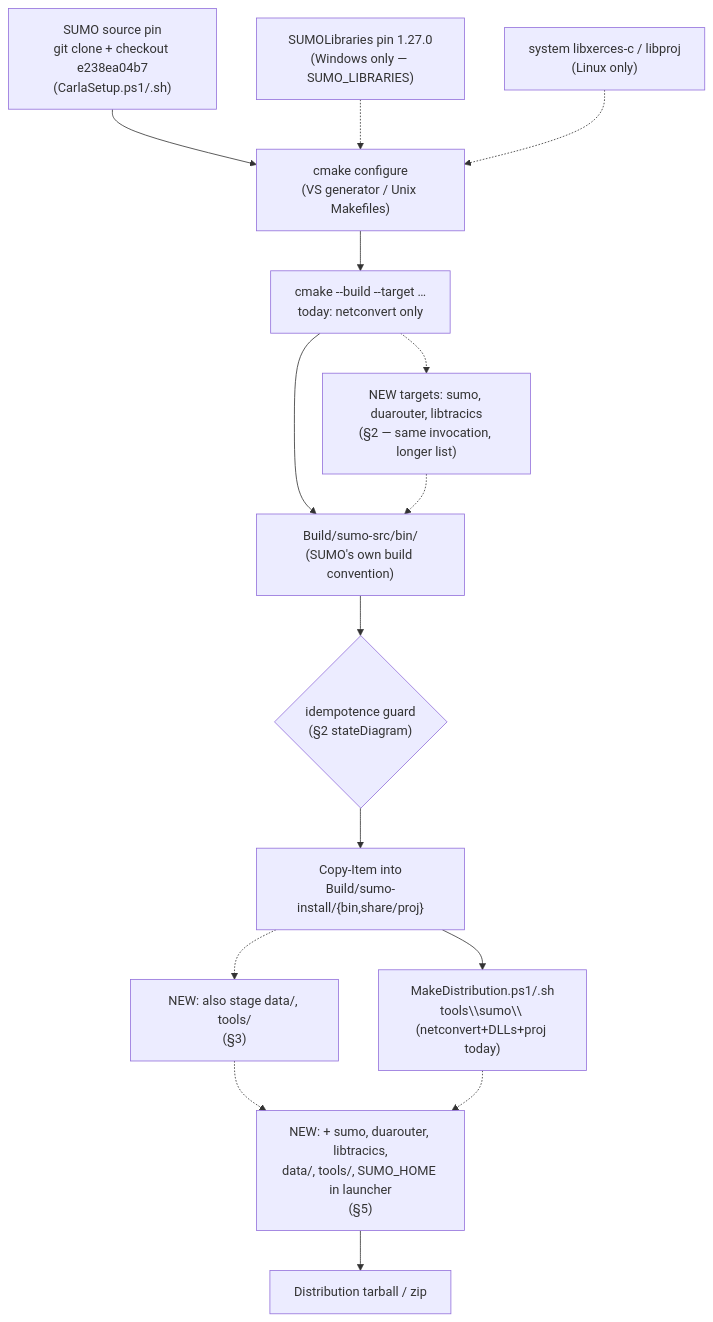
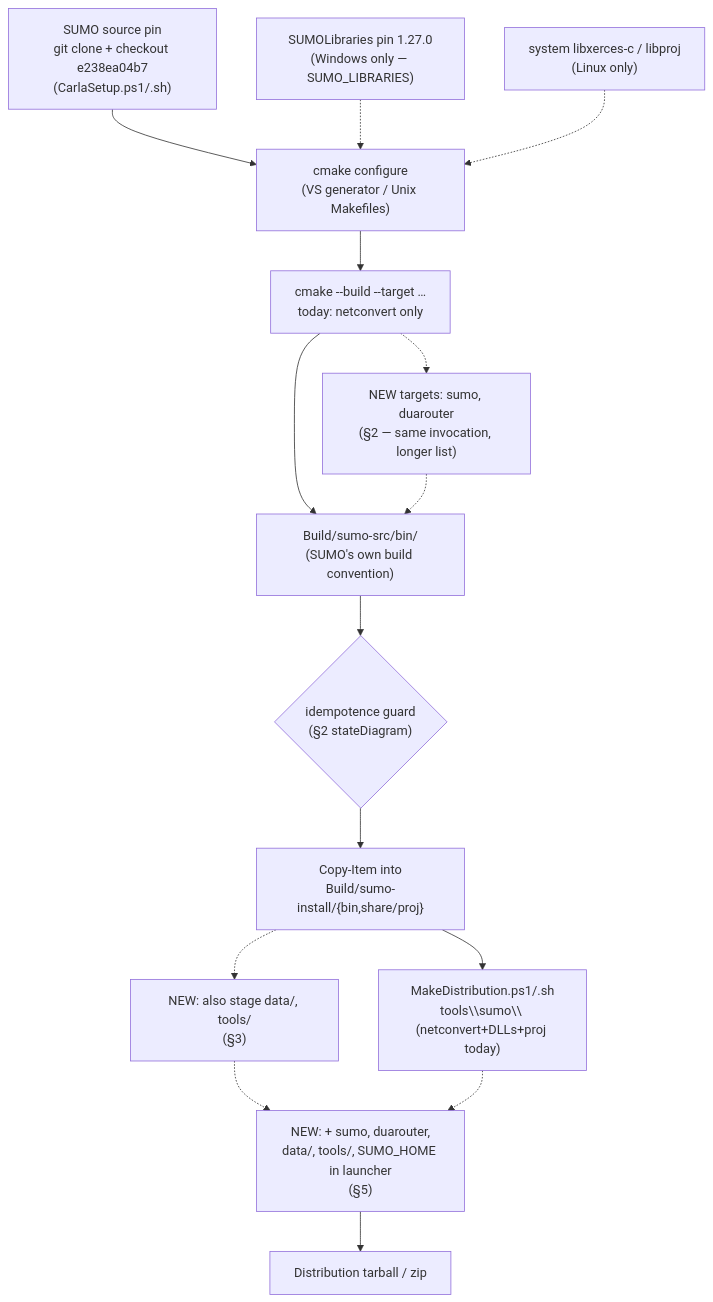
One commit to sbrett9/carla changed the first of 4 diagrams in Docs/CAT_Research/Plans/SUMO_Behavioral_Capture/09_Toolchain_And_Packaging.md. Above: the diagram before and after it, drawn with Mermaid. The commit also changed other lines of this file and 10 other files, not shown here.

````diff
--- a/Docs/CAT_Research/Plans/SUMO_Behavioral_Capture/09_Toolchain_And_Packaging.md
+++ b/Docs/CAT_Research/Plans/SUMO_Behavioral_Capture/09_Toolchain_And_Packaging.md
@@ -90,24 +83,24 @@
 ```mermaid
 flowchart TD
     P1["SUMO source pin\ngit clone + checkout e238ea04b7\n(CarlaSetup.ps1/.sh)"] --> CFG
     P2["SUMOLibraries pin 1.27.0\n(Windows only — SUMO_LIBRARIES)"] -.-> CFG
     P3["system libxerces-c / libproj\n(Linux only)"] -.-> CFG
     CFG["cmake configure\n(VS generator / Unix Makefiles)"] --> BUILD
 
     BUILD["cmake --build --target …\ntoday: netconvert only"]
-    NEWTARGETS["NEW targets: sumo, duarouter, libtracics\n(§2 — same invocation, longer list)"]
+    NEWTARGETS["NEW targets: sumo, duarouter\n(§2 — same invocation, longer list)"]
     BUILD -.-> NEWTARGETS
 
     BUILD --> SRCBIN["Build/sumo-src/bin/\n(SUMO's own build convention)"]
     NEWTARGETS -.-> SRCBIN
 
     SRCBIN --> GUARD{"idempotence guard\n(§2 stateDiagram)"}
     GUARD --> STAGE["Copy-Item into\nBuild/sumo-install/{bin,share/proj}"]
     NEWSTAGE["NEW: also stage data/, tools/\n(§3)"]
     STAGE -.-> NEWSTAGE
 
     STAGE --> DIST["MakeDistribution.ps1/.sh\ntools\\sumo\\ (netconvert+DLLs+proj today)"]
-    NEWSTAGE -.-> DISTFULL["NEW: + sumo, duarouter, libtracics,\ndata/, tools/, SUMO_HOME in launcher\n(§5)"]
+    NEWSTAGE -.-> DISTFULL["NEW: + sumo, duarouter,\ndata/, tools/, SUMO_HOME in launcher\n(§5)"]
     DIST -.-> DISTFULL
     DISTFULL --> BUNDLE["Distribution tarball / zip"]
 ```
````
